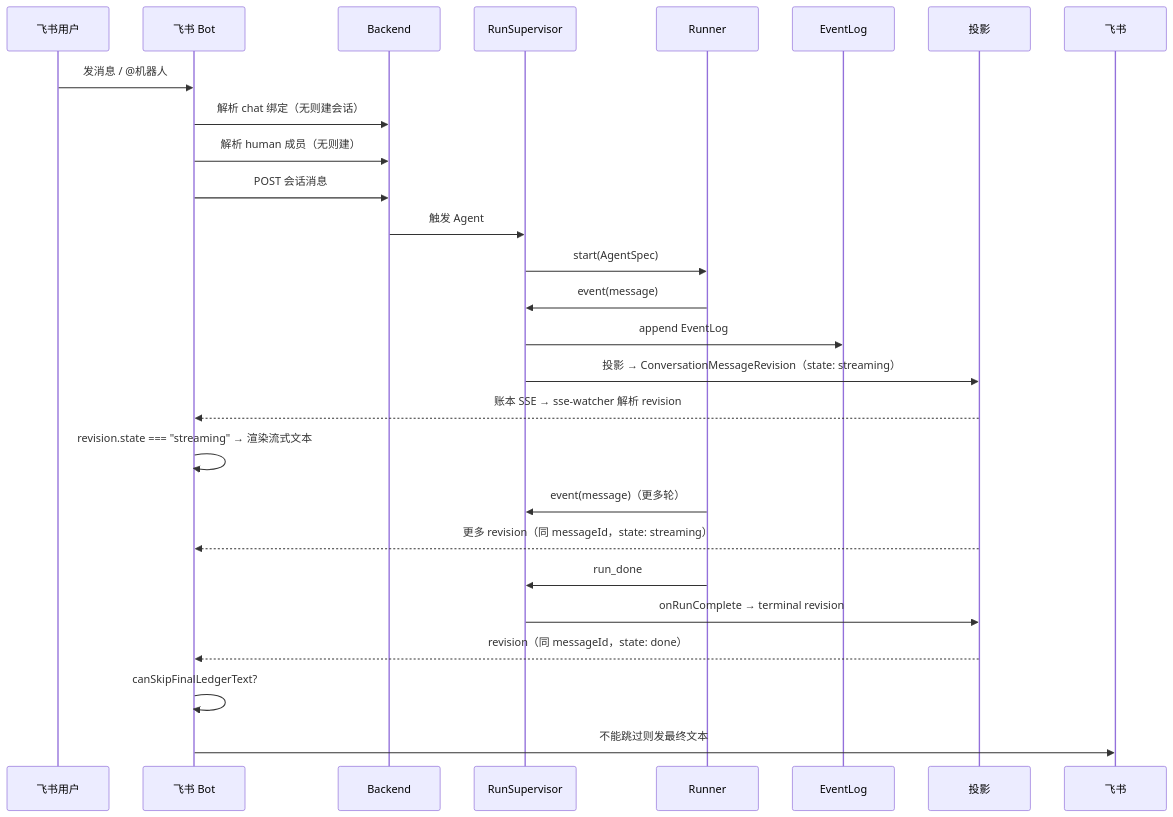
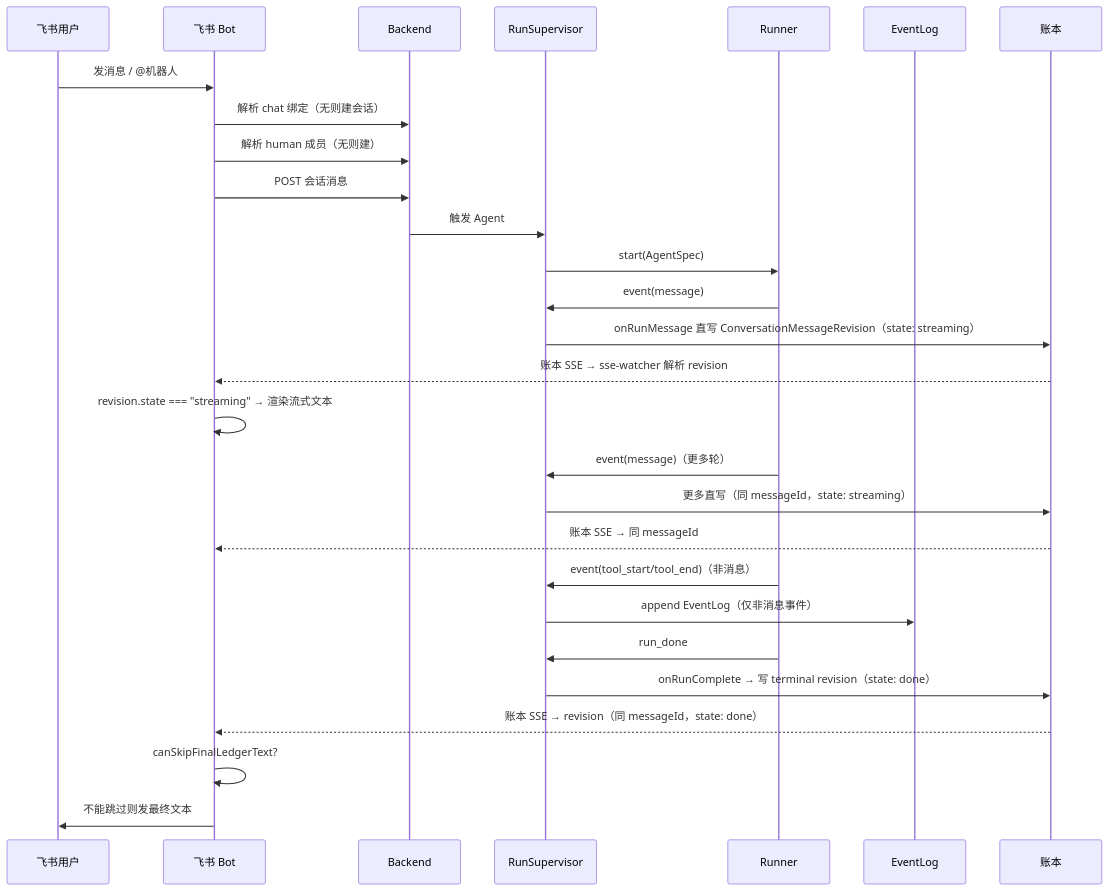
Before and after one commit to Chengchcc/my-agent-team: the diagram in docs/architecture/flows/e2e-lark-message.md, drawn with Mermaid. The commit also changed other lines of this file and 21 other files, not shown here.

First line of the commit message:
docs(docs): sync arch wiki to onRunMessage model, add Issue/Orchestrator pages

````diff
--- a/docs/architecture/flows/e2e-lark-message.md
+++ b/docs/architecture/flows/e2e-lark-message.md
@@ -20,30 +20,31 @@
 ```mermaid
 sequenceDiagram
   participant U as 飞书用户
   participant Bot as 飞书 Bot
   participant B as Backend
   participant S as RunSupervisor
   participant D as Runner
   participant E as EventLog
-  participant P as 投影
-  participant L as 飞书
+  participant L as 账本
 
   U->>Bot: 发消息 / @机器人
   Bot->>B: 解析 chat 绑定（无则建会话）
   Bot->>B: 解析 human 成员（无则建）
   Bot->>B: POST 会话消息
   B->>S: 触发 Agent
   S->>D: start(AgentSpec)
   D->>S: event(message)
-  S->>E: append EventLog
-  S->>P: 投影 → ConversationMessageRevision（state: streaming）
-  P-->>Bot: 账本 SSE → sse-watcher 解析 revision
+  S->>L: onRunMessage 直写 ConversationMessageRevision（state: streaming）
+  L-->>Bot: 账本 SSE → sse-watcher 解析 revision
   Bot->>Bot: revision.state === "streaming" → 渲染流式文本
   D->>S: event(message)（更多轮）
-  P-->>Bot: 更多 revision（同 messageId，state: streaming）
+  S->>L: 更多直写（同 messageId，state: streaming）
+  L-->>Bot: 账本 SSE → 同 messageId
+  D->>S: event(tool_start/tool_end)（非消息）
+  S->>E: append EventLog（仅非消息事件）
   D->>S: run_done
-  S->>P: onRunComplete → terminal revision
-  P-->>Bot: revision（同 messageId，state: done）
+  S->>L: onRunComplete → 写 terminal revision（state: done）
+  L-->>Bot: 账本 SSE → revision（同 messageId，state: done）
   Bot->>Bot: canSkipFinalLedgerText?
-  Bot->>L: 不能跳过则发最终文本
+  Bot->>U: 不能跳过则发最终文本
 ```
````
